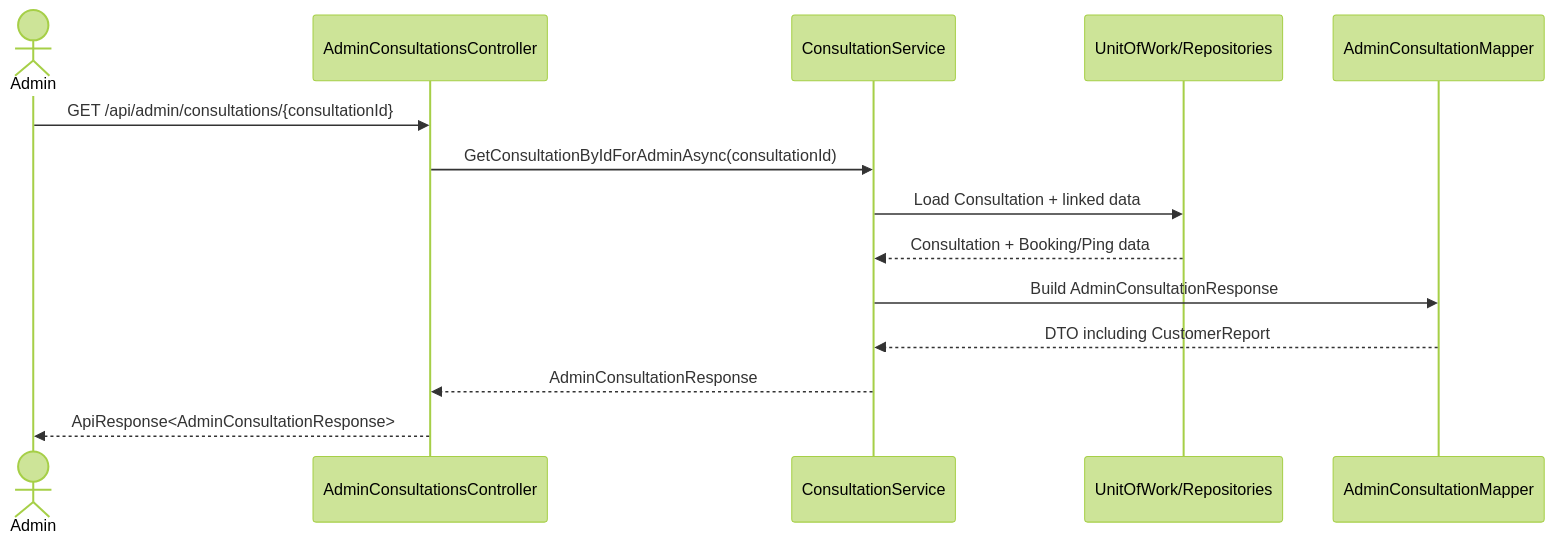
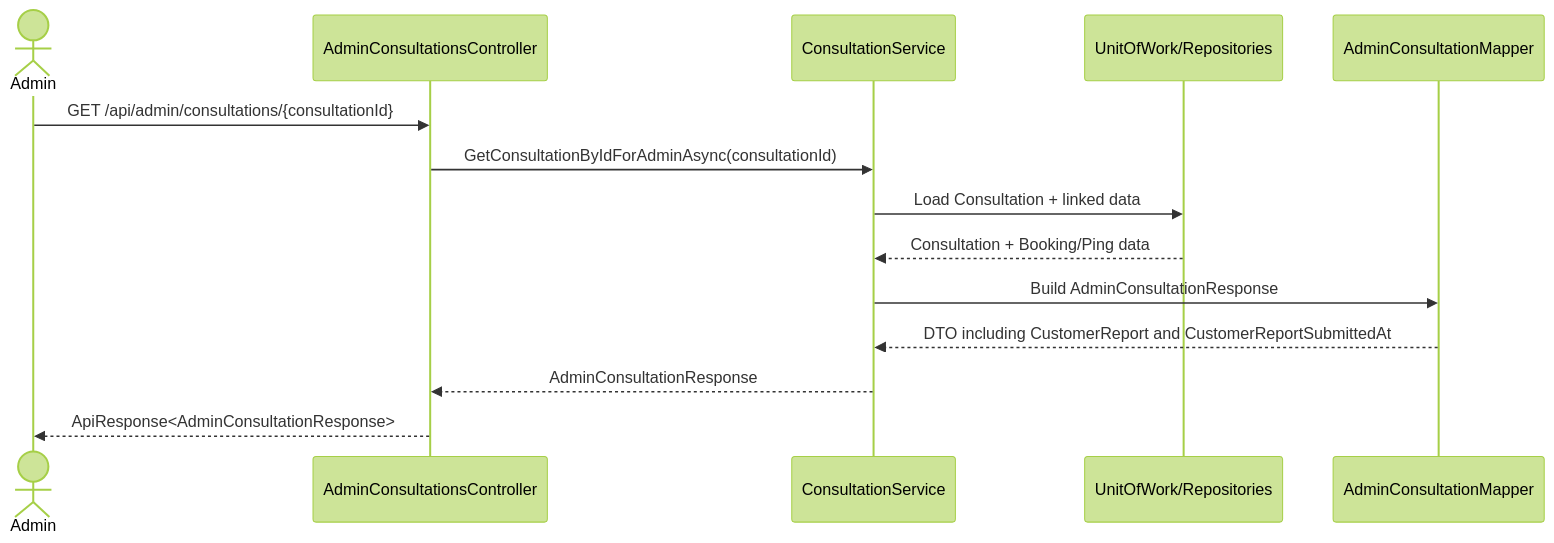
One commit to Snake-AID/SnakeAid.Docs changed the fourth of 4 diagrams in Docs/05-Backend/02-layers/consultation-expert-absent/consultation-expert-absent.sourcecode.md. Above: the diagram before and after it, drawn with Mermaid (forest theme). The commit also changed other lines of this file and 3 other files, not shown here.

First line of the commit message:
docs(consultation-expert-absent): update documentation to include CustomerReportSubmittedAt in DTOs

````diff
--- a/Docs/05-Backend/02-layers/consultation-expert-absent/consultation-expert-absent.sourcecode.md
+++ b/Docs/05-Backend/02-layers/consultation-expert-absent/consultation-expert-absent.sourcecode.md
@@ -197,17 +199,17 @@
 ```mermaid
 sequenceDiagram
     actor Admin
     participant API as AdminConsultationsController
     participant Service as ConsultationService
     participant Repo as UnitOfWork/Repositories
     participant Mapper as AdminConsultationMapper
 
     Admin->>API: GET /api/admin/consultations/{consultationId}
     API->>Service: GetConsultationByIdForAdminAsync(consultationId)
     Service->>Repo: Load Consultation + linked data
     Repo-->>Service: Consultation + Booking/Ping data
     Service->>Mapper: Build AdminConsultationResponse
-    Mapper-->>Service: DTO including CustomerReport
+    Mapper-->>Service: DTO including CustomerReport and CustomerReportSubmittedAt
     Service-->>API: AdminConsultationResponse
     API-->>Admin: ApiResponse<AdminConsultationResponse>
 ```
````
